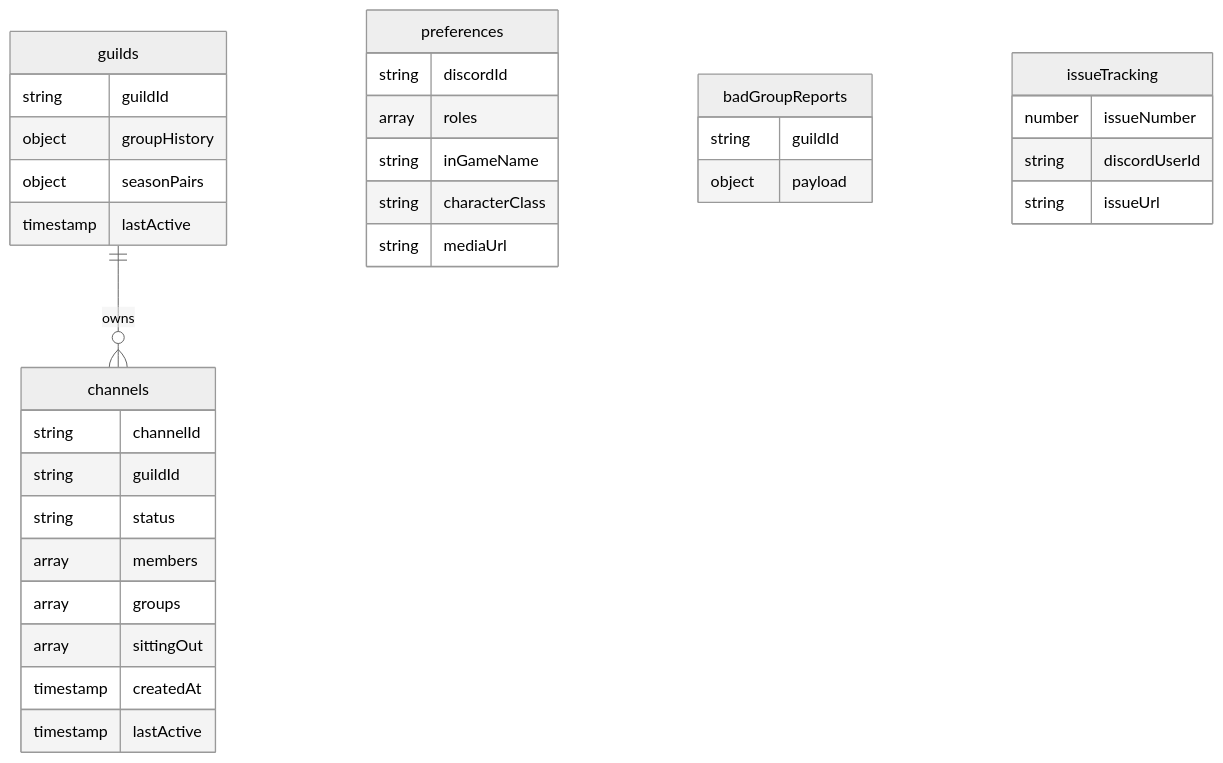
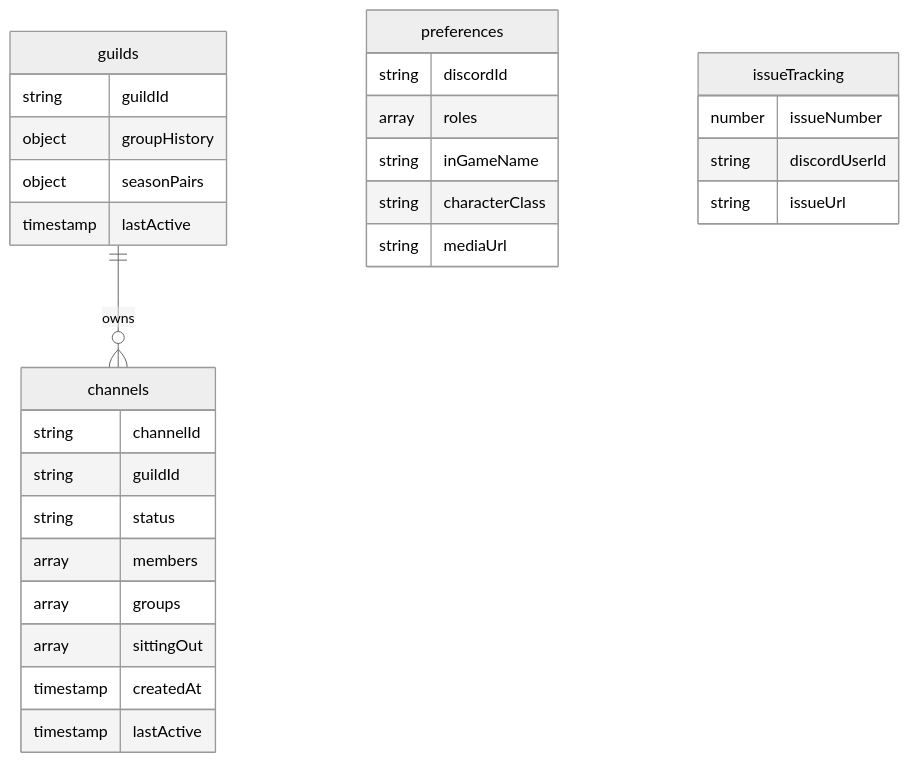
Before and after one commit to TytaniumDev/MythicPlusDiscordBot: the second of 5 diagrams in ARCHITECTURE.md, drawn with Mermaid (neutral theme). The commit also changed other lines of this file and 47 other files, not shown here.

````diff
--- a/ARCHITECTURE.md
+++ b/ARCHITECTURE.md
@@ -133,36 +132,32 @@
 ```mermaid
 erDiagram
     guilds ||--o{ channels : "owns"
     guilds {
         string guildId
         object groupHistory
         object seasonPairs
         timestamp lastActive
     }
     channels {
         string channelId
         string guildId
         string status
         array members
         array groups
         array sittingOut
         timestamp createdAt
         timestamp lastActive
     }
     preferences {
         string discordId
         array roles
         string inGameName
         string characterClass
         string mediaUrl
     }
-    badGroupReports {
-        string guildId
-        object payload
-    }
     issueTracking {
         number issueNumber
         string discordUserId
         string issueUrl
     }
 ```
````
